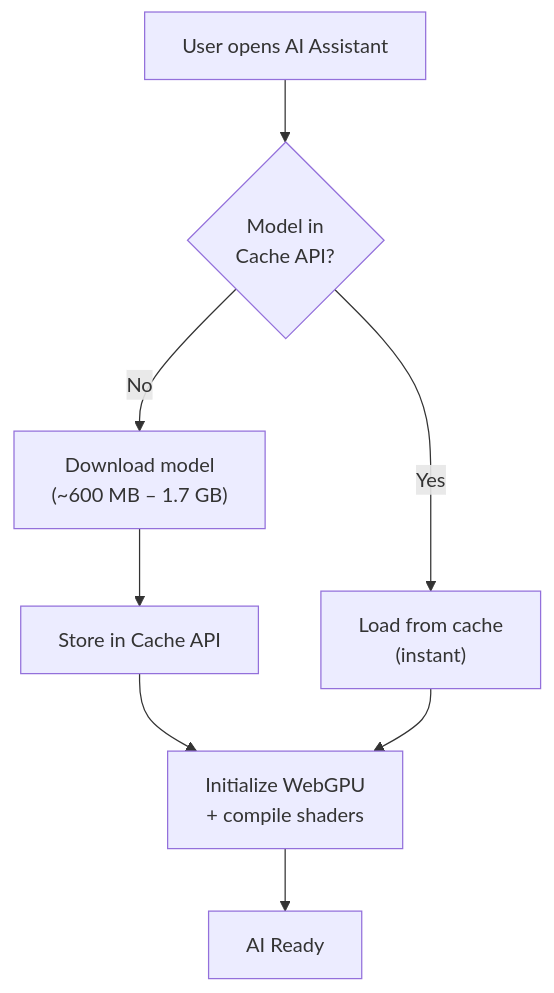
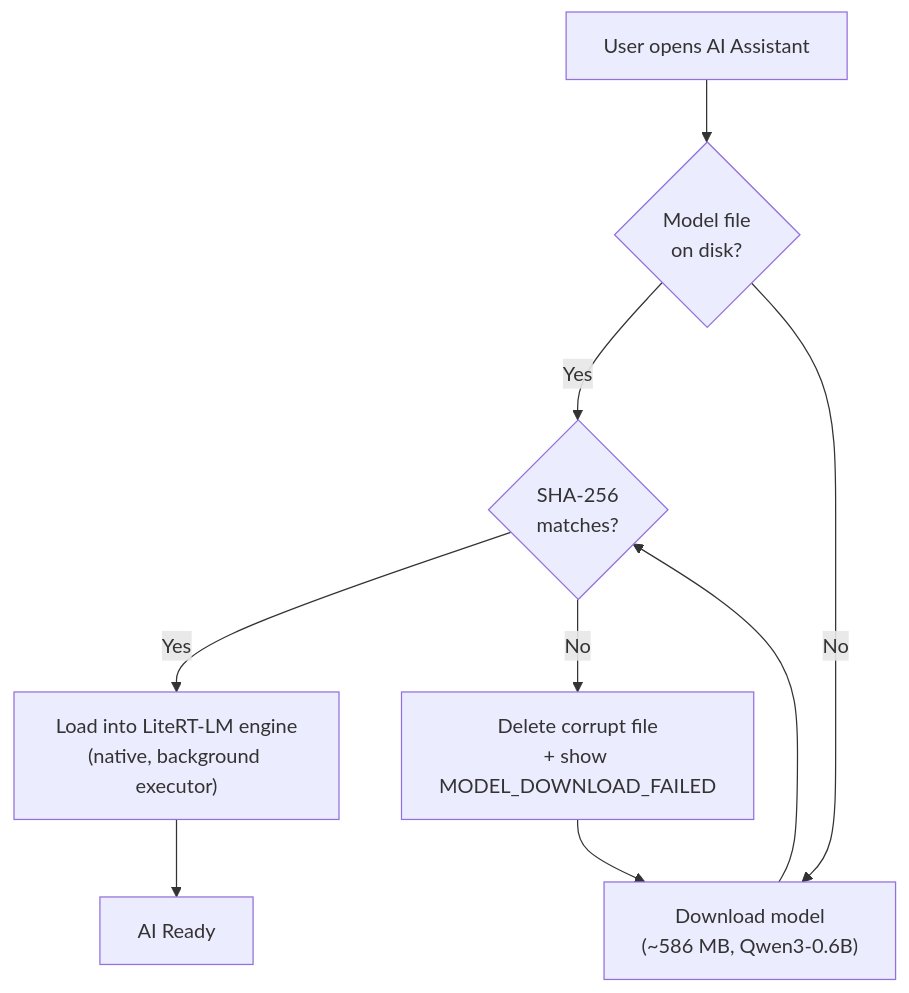
Before and after one commit to omanandswami2005/project-kagazzz: the second of 5 diagrams in docs/architecture/05-ai-assistant-module.md, drawn with Mermaid. The commit also changed other lines of this file and 1 other file, not shown here.

First line of the commit message:
docs(ai-assistant): switch F-13's engine from WebLLM to LiteRT-LM

````diff
--- a/docs/architecture/05-ai-assistant-module.md
+++ b/docs/architecture/05-ai-assistant-module.md
@@ -185,18 +187,19 @@
 ```mermaid
 flowchart TD
     START["User opens AI Assistant"]
-    CHECK{"Model in<br/>Cache API?"}
-    LOAD["Load from cache<br/>(instant)"]
-    DOWNLOAD["Download model<br/>(~600 MB – 1.7 GB)"]
-    CACHE["Store in Cache API"]
-    INIT["Initialize WebGPU<br/>+ compile shaders"]
+    CHECK{"Model file<br/>on disk?"}
+    VERIFY{"SHA-256<br/>matches?"}
+    LOAD["Load into LiteRT-LM engine<br/>(native, background executor)"]
+    DOWNLOAD["Download model<br/>(~586 MB, Qwen3-0.6B)"]
+    DELETE["Delete corrupt file<br/>+ show MODEL_DOWNLOAD_FAILED"]
     READY["AI Ready"]
 
     START --> CHECK
-    CHECK -->|Yes| LOAD
+    CHECK -->|Yes| VERIFY
     CHECK -->|No| DOWNLOAD
-    DOWNLOAD --> CACHE
-    CACHE --> INIT
-    LOAD --> INIT
-    INIT --> READY
+    DOWNLOAD --> VERIFY
+    VERIFY -->|Yes| LOAD
+    VERIFY -->|No| DELETE
+    DELETE --> DOWNLOAD
+    LOAD --> READY
 ```
````
